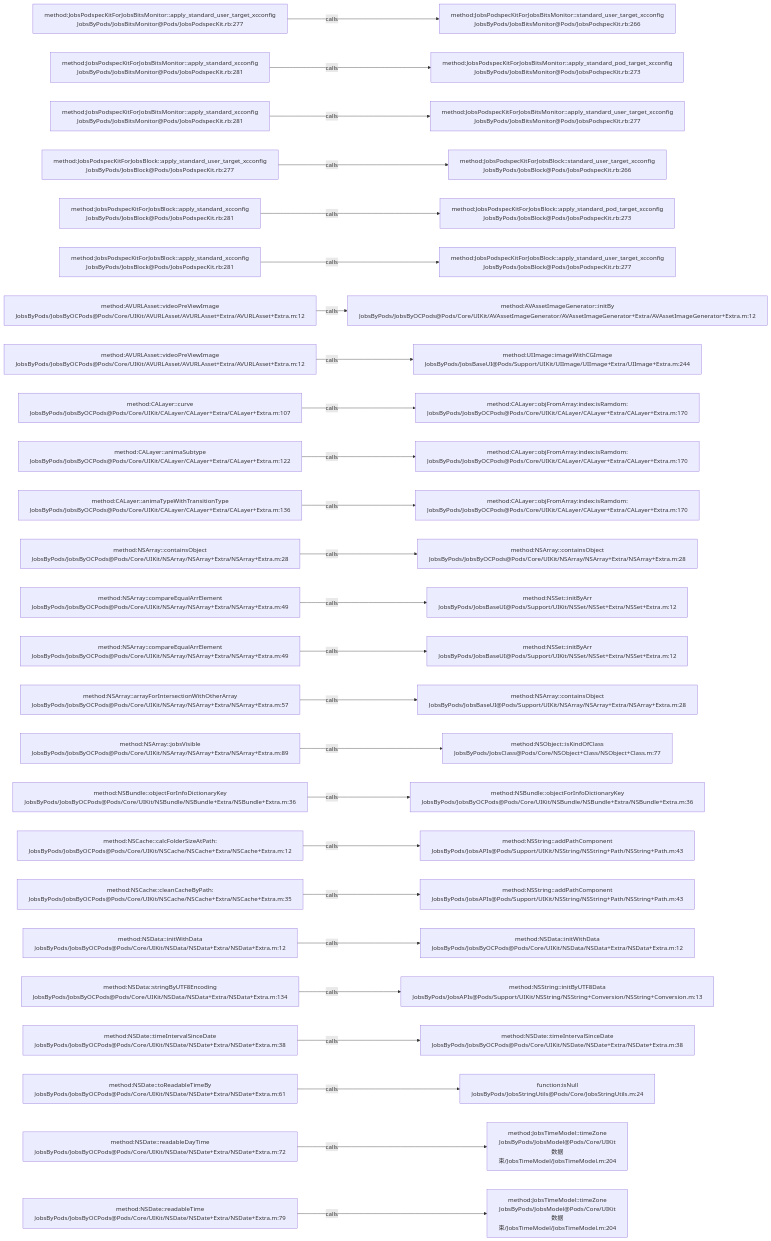
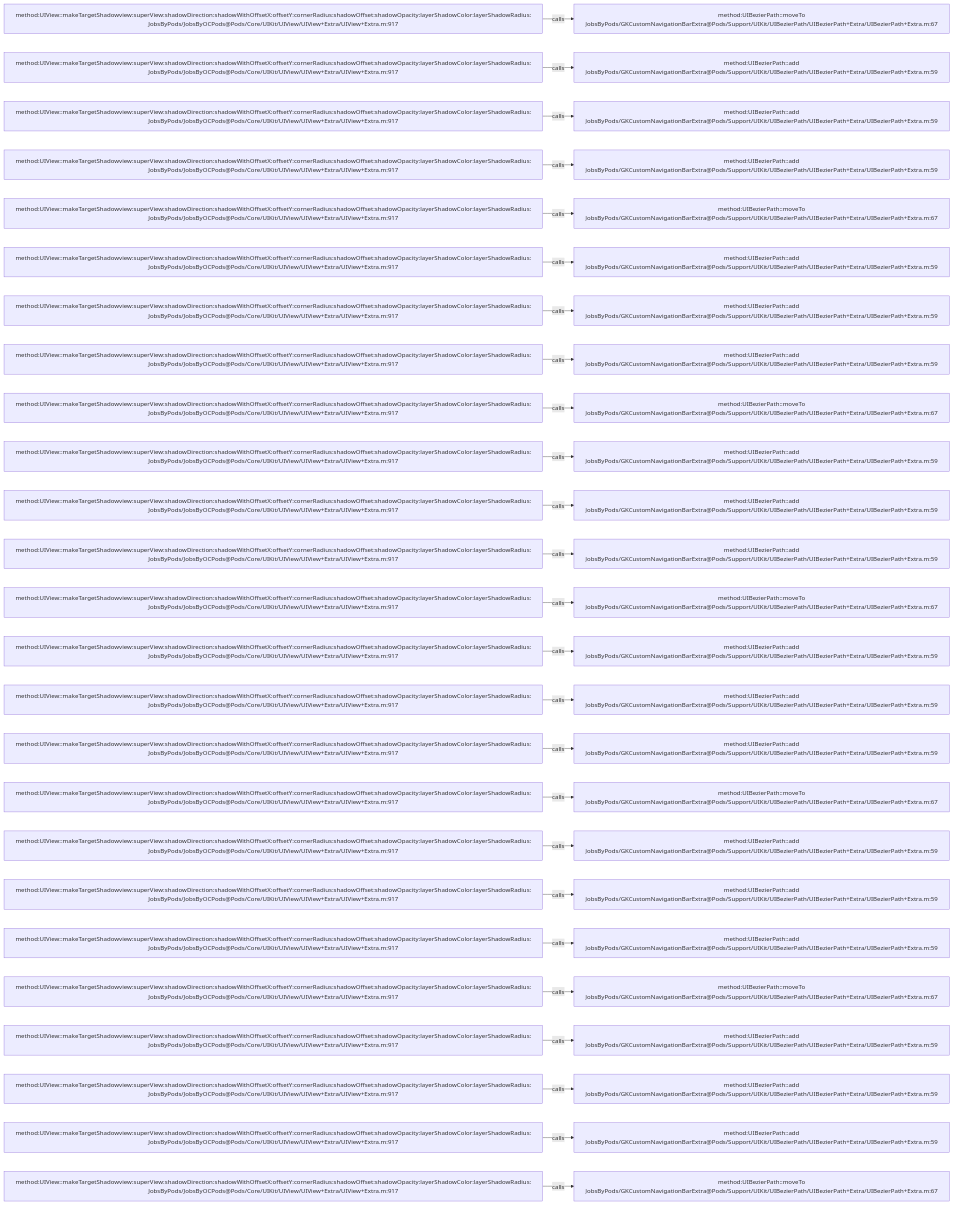
Before and after one commit to JobsKits/JobsOCBaseConfigDemo: the diagram in .codegraph/codegraph.md/graphs/calls-066.md, drawn with Mermaid. The commit also changed 1026 other files, not shown here.

````diff
--- a/.codegraph/codegraph.md/graphs/calls-066.md
+++ b/.codegraph/codegraph.md/graphs/calls-066.md
@@ -13,78 +13,78 @@
 ```mermaid
 flowchart LR
-  S1["method:JobsPodspecKitForJobsBitsMonitor::apply_standard_user_target_xcconfig<br/>JobsByPods/JobsBitsMonitor@Pods/JobsPodspecKit.rb:277"]
-  T1["method:JobsPodspecKitForJobsBitsMonitor::standard_user_target_xcconfig<br/>JobsByPods/JobsBitsMonitor@Pods/JobsPodspecKit.rb:266"]
+  S1["method:UIView::makeTargetShadowview:superView:shadowDirection:shadowWithOffsetX:offsetY:cornerRadius:shadowOffset:shadowOpacity:layerShadowColor:layerShadowRadius:<br/>JobsByPods/JobsByOCPods@Pods/Core/UIKit/UIView/UIView+Extra/UIView+Extra.m:917"]
+  T1["method:UIBezierPath::moveTo<br/>JobsByPods/GKCustomNavigationBarExtra@Pods/Support/UIKit/UIBezierPath/UIBezierPath+Extra/UIBezierPath+Extra.m:67"]
   S1 -->|calls| T1
-  S2["method:JobsPodspecKitForJobsBitsMonitor::apply_standard_xcconfig<br/>JobsByPods/JobsBitsMonitor@Pods/JobsPodspecKit.rb:281"]
-  T2["method:JobsPodspecKitForJobsBitsMonitor::apply_standard_pod_target_xcconfig<br/>JobsByPods/JobsBitsMonitor@Pods/JobsPodspecKit.rb:273"]
+  S2["method:UIView::makeTargetShadowview:superView:shadowDirection:shadowWithOffsetX:offsetY:cornerRadius:shadowOffset:shadowOpacity:layerShadowColor:layerShadowRadius:<br/>JobsByPods/JobsByOCPods@Pods/Core/UIKit/UIView/UIView+Extra/UIView+Extra.m:917"]
+  T2["method:UIBezierPath::add<br/>JobsByPods/GKCustomNavigationBarExtra@Pods/Support/UIKit/UIBezierPath/UIBezierPath+Extra/UIBezierPath+Extra.m:59"]
   S2 -->|calls| T2
-  S3["method:JobsPodspecKitForJobsBitsMonitor::apply_standard_xcconfig<br/>JobsByPods/JobsBitsMonitor@Pods/JobsPodspecKit.rb:281"]
-  T3["method:JobsPodspecKitForJobsBitsMonitor::apply_standard_user_target_xcconfig<br/>JobsByPods/JobsBitsMonitor@Pods/JobsPodspecKit.rb:277"]
+  S3["method:UIView::makeTargetShadowview:superView:shadowDirection:shadowWithOffsetX:offsetY:cornerRadius:shadowOffset:shadowOpacity:layerShadowColor:layerShadowRadius:<br/>JobsByPods/JobsByOCPods@Pods/Core/UIKit/UIView/UIView+Extra/UIView+Extra.m:917"]
+  T3["method:UIBezierPath::add<br/>JobsByPods/GKCustomNavigationBarExtra@Pods/Support/UIKit/UIBezierPath/UIBezierPath+Extra/UIBezierPath+Extra.m:59"]
   S3 -->|calls| T3
-  S4["method:JobsPodspecKitForJobsBlock::apply_standard_user_target_xcconfig<br/>JobsByPods/JobsBlock@Pods/JobsPodspecKit.rb:277"]
-  T4["method:JobsPodspecKitForJobsBlock::standard_user_target_xcconfig<br/>JobsByPods/JobsBlock@Pods/JobsPodspecKit.rb:266"]
+  S4["method:UIView::makeTargetShadowview:superView:shadowDirection:shadowWithOffsetX:offsetY:cornerRadius:shadowOffset:shadowOpacity:layerShadowColor:layerShadowRadius:<br/>JobsByPods/JobsByOCPods@Pods/Core/UIKit/UIView/UIView+Extra/UIView+Extra.m:917"]
+  T4["method:UIBezierPath::add<br/>JobsByPods/GKCustomNavigationBarExtra@Pods/Support/UIKit/UIBezierPath/UIBezierPath+Extra/UIBezierPath+Extra.m:59"]
   S4 -->|calls| T4
-  S5["method:JobsPodspecKitForJobsBlock::apply_standard_xcconfig<br/>JobsByPods/JobsBlock@Pods/JobsPodspecKit.rb:281"]
-  T5["method:JobsPodspecKitForJobsBlock::apply_standard_pod_target_xcconfig<br/>JobsByPods/JobsBlock@Pods/JobsPodspecKit.rb:273"]
+  S5["method:UIView::makeTargetShadowview:superView:shadowDirection:shadowWithOffsetX:offsetY:cornerRadius:shadowOffset:shadowOpacity:layerShadowColor:layerShadowRadius:<br/>JobsByPods/JobsByOCPods@Pods/Core/UIKit/UIView/UIView+Extra/UIView+Extra.m:917"]
+  T5["method:UIBezierPath::moveTo<br/>JobsByPods/GKCustomNavigationBarExtra@Pods/Support/UIKit/UIBezierPath/UIBezierPath+Extra/UIBezierPath+Extra.m:67"]
   S5 -->|calls| T5
-  S6["method:JobsPodspecKitForJobsBlock::apply_standard_xcconfig<br/>JobsByPods/JobsBlock@Pods/JobsPodspecKit.rb:281"]
-  T6["method:JobsPodspecKitForJobsBlock::apply_standard_user_target_xcconfig<br/>JobsByPods/JobsBlock@Pods/JobsPodspecKit.rb:277"]
+  S6["method:UIView::makeTargetShadowview:superView:shadowDirection:shadowWithOffsetX:offsetY:cornerRadius:shadowOffset:shadowOpacity:layerShadowColor:layerShadowRadius:<br/>JobsByPods/JobsByOCPods@Pods/Core/UIKit/UIView/UIView+Extra/UIView+Extra.m:917"]
+  T6["method:UIBezierPath::add<br/>JobsByPods/GKCustomNavigationBarExtra@Pods/Support/UIKit/UIBezierPath/UIBezierPath+Extra/UIBezierPath+Extra.m:59"]
   S6 -->|calls| T6
-  S7["method:AVURLAsset::videoPreViewImage<br/>JobsByPods/JobsByOCPods@Pods/Core/UIKit/AVURLAsset/AVURLAsset+Extra/AVURLAsset+Extra.m:12"]
-  T7["method:AVAssetImageGenerator::initBy<br/>JobsByPods/JobsByOCPods@Pods/Core/UIKit/AVAssetImageGenerator/AVAssetImageGenerator+Extra/AVAssetImageGenerator+Extra.m:12"]
+  S7["method:UIView::makeTargetShadowview:superView:shadowDirection:shadowWithOffsetX:offsetY:cornerRadius:shadowOffset:shadowOpacity:layerShadowColor:layerShadowRadius:<br/>JobsByPods/JobsByOCPods@Pods/Core/UIKit/UIView/UIView+Extra/UIView+Extra.m:917"]
+  T7["method:UIBezierPath::add<br/>JobsByPods/GKCustomNavigationBarExtra@Pods/Support/UIKit/UIBezierPath/UIBezierPath+Extra/UIBezierPath+Extra.m:59"]
   S7 -->|calls| T7
-  S8["method:AVURLAsset::videoPreViewImage<br/>JobsByPods/JobsByOCPods@Pods/Core/UIKit/AVURLAsset/AVURLAsset+Extra/AVURLAsset+Extra.m:12"]
-  T8["method:UIImage::imageWithCGImage<br/>JobsByPods/JobsBaseUI@Pods/Support/UIKit/UIImage/UIImage+Extra/UIImage+Extra.m:244"]
+  S8["method:UIView::makeTargetShadowview:superView:shadowDirection:shadowWithOffsetX:offsetY:cornerRadius:shadowOffset:shadowOpacity:layerShadowColor:layerShadowRadius:<br/>JobsByPods/JobsByOCPods@Pods/Core/UIKit/UIView/UIView+Extra/UIView+Extra.m:917"]
+  T8["method:UIBezierPath::add<br/>JobsByPods/GKCustomNavigationBarExtra@Pods/Support/UIKit/UIBezierPath/UIBezierPath+Extra/UIBezierPath+Extra.m:59"]
   S8 -->|calls| T8
-  S9["method:CALayer::curve<br/>JobsByPods/JobsByOCPods@Pods/Core/UIKit/CALayer/CALayer+Extra/CALayer+Extra.m:107"]
-  T9["method:CALayer::objFromArray:index:isRamdom:<br/>JobsByPods/JobsByOCPods@Pods/Core/UIKit/CALayer/CALayer+Extra/CALayer+Extra.m:170"]
+  S9["method:UIView::makeTargetShadowview:superView:shadowDirection:shadowWithOffsetX:offsetY:cornerRadius:shadowOffset:shadowOpacity:layerShadowColor:layerShadowRadius:<br/>JobsByPods/JobsByOCPods@Pods/Core/UIKit/UIView/UIView+Extra/UIView+Extra.m:917"]
+  T9["method:UIBezierPath::moveTo<br/>JobsByPods/GKCustomNavigationBarExtra@Pods/Support/UIKit/UIBezierPath/UIBezierPath+Extra/UIBezierPath+Extra.m:67"]
   S9 -->|calls| T9
-  S10["method:CALayer::animaSubtype<br/>JobsByPods/JobsByOCPods@Pods/Core/UIKit/CALayer/CALayer+Extra/CALayer+Extra.m:122"]
-  T10["method:CALayer::objFromArray:index:isRamdom:<br/>JobsByPods/JobsByOCPods@Pods/Core/UIKit/CALayer/CALayer+Extra/CALayer+Extra.m:170"]
+  S10["method:UIView::makeTargetShadowview:superView:shadowDirection:shadowWithOffsetX:offsetY:cornerRadius:shadowOffset:shadowOpacity:layerShadowColor:layerShadowRadius:<br/>JobsByPods/JobsByOCPods@Pods/Core/UIKit/UIView/UIView+Extra/UIView+Extra.m:917"]
+  T10["method:UIBezierPath::add<br/>JobsByPods/GKCustomNavigationBarExtra@Pods/Support/UIKit/UIBezierPath/UIBezierPath+Extra/UIBezierPath+Extra.m:59"]
   S10 -->|calls| T10
-  S11["method:CALayer::animaTypeWithTransitionType<br/>JobsByPods/JobsByOCPods@Pods/Core/UIKit/CALayer/CALayer+Extra/CALayer+Extra.m:136"]
-  T11["method:CALayer::objFromArray:index:isRamdom:<br/>JobsByPods/JobsByOCPods@Pods/Core/UIKit/CALayer/CALayer+Extra/CALayer+Extra.m:170"]
+  S11["method:UIView::makeTargetShadowview:superView:shadowDirection:shadowWithOffsetX:offsetY:cornerRadius:shadowOffset:shadowOpacity:layerShadowColor:layerShadowRadius:<br/>JobsByPods/JobsByOCPods@Pods/Core/UIKit/UIView/UIView+Extra/UIView+Extra.m:917"]
+  T11["method:UIBezierPath::add<br/>JobsByPods/GKCustomNavigationBarExtra@Pods/Support/UIKit/UIBezierPath/UIBezierPath+Extra/UIBezierPath+Extra.m:59"]
   S11 -->|calls| T11
-  S12["method:NSArray::containsObject<br/>JobsByPods/JobsByOCPods@Pods/Core/UIKit/NSArray/NSArray+Extra/NSArray+Extra.m:28"]
-  T12["method:NSArray::containsObject<br/>JobsByPods/JobsByOCPods@Pods/Core/UIKit/NSArray/NSArray+Extra/NSArray+Extra.m:28"]
+  S12["method:UIView::makeTargetShadowview:superView:shadowDirection:shadowWithOffsetX:offsetY:cornerRadius:shadowOffset:shadowOpacity:layerShadowColor:layerShadowRadius:<br/>JobsByPods/JobsByOCPods@Pods/Core/UIKit/UIView/UIView+Extra/UIView+Extra.m:917"]
+  T12["method:UIBezierPath::add<br/>JobsByPods/GKCustomNavigationBarExtra@Pods/Support/UIKit/UIBezierPath/UIBezierPath+Extra/UIBezierPath+Extra.m:59"]
   S12 -->|calls| T12
-  S13["method:NSArray::compareEqualArrElement<br/>JobsByPods/JobsByOCPods@Pods/Core/UIKit/NSArray/NSArray+Extra/NSArray+Extra.m:49"]
-  T13["method:NSSet::initByArr<br/>JobsByPods/JobsBaseUI@Pods/Support/UIKit/NSSet/NSSet+Extra/NSSet+Extra.m:12"]
+  S13["method:UIView::makeTargetShadowview:superView:shadowDirection:shadowWithOffsetX:offsetY:cornerRadius:shadowOffset:shadowOpacity:layerShadowColor:layerShadowRadius:<br/>JobsByPods/JobsByOCPods@Pods/Core/UIKit/UIView/UIView+Extra/UIView+Extra.m:917"]
+  T13["method:UIBezierPath::moveTo<br/>JobsByPods/GKCustomNavigationBarExtra@Pods/Support/UIKit/UIBezierPath/UIBezierPath+Extra/UIBezierPath+Extra.m:67"]
   S13 -->|calls| T13
-  S14["method:NSArray::compareEqualArrElement<br/>JobsByPods/JobsByOCPods@Pods/Core/UIKit/NSArray/NSArray+Extra/NSArray+Extra.m:49"]
-  T14["method:NSSet::initByArr<br/>JobsByPods/JobsBaseUI@Pods/Support/UIKit/NSSet/NSSet+Extra/NSSet+Extra.m:12"]
+  S14["method:UIView::makeTargetShadowview:superView:shadowDirection:shadowWithOffsetX:offsetY:cornerRadius:shadowOffset:shadowOpacity:layerShadowColor:layerShadowRadius:<br/>JobsByPods/JobsByOCPods@Pods/Core/UIKit/UIView/UIView+Extra/UIView+Extra.m:917"]
+  T14["method:UIBezierPath::add<br/>JobsByPods/GKCustomNavigationBarExtra@Pods/Support/UIKit/UIBezierPath/UIBezierPath+Extra/UIBezierPath+Extra.m:59"]
   S14 -->|calls| T14
-  S15["method:NSArray::arrayForIntersectionWithOtherArray<br/>JobsByPods/JobsByOCPods@Pods/Core/UIKit/NSArray/NSArray+Extra/NSArray+Extra.m:57"]
-  T15["method:NSArray::containsObject<br/>JobsByPods/JobsBaseUI@Pods/Support/UIKit/NSArray/NSArray+Extra/NSArray+Extra.m:28"]
+  S15["method:UIView::makeTargetShadowview:superView:shadowDirection:shadowWithOffsetX:offsetY:cornerRadius:shadowOffset:shadowOpacity:layerShadowColor:layerShadowRadius:<br/>JobsByPods/JobsByOCPods@Pods/Core/UIKit/UIView/UIView+Extra/UIView+Extra.m:917"]
+  T15["method:UIBezierPath::add<br/>JobsByPods/GKCustomNavigationBarExtra@Pods/Support/UIKit/UIBezierPath/UIBezierPath+Extra/UIBezierPath+Extra.m:59"]
   S15 -->|calls| T15
-  S16["method:NSArray::jobsVisible<br/>JobsByPods/JobsByOCPods@Pods/Core/UIKit/NSArray/NSArray+Extra/NSArray+Extra.m:89"]
-  T16["method:NSObject::isKindOfClass<br/>JobsByPods/JobsClass@Pods/Core/NSObject+Class/NSObject+Class.m:77"]
+  S16["method:UIView::makeTargetShadowview:superView:shadowDirection:shadowWithOffsetX:offsetY:cornerRadius:shadowOffset:shadowOpacity:layerShadowColor:layerShadowRadius:<br/>JobsByPods/JobsByOCPods@Pods/Core/UIKit/UIView/UIView+Extra/UIView+Extra.m:917"]
+  T16["method:UIBezierPath::add<br/>JobsByPods/GKCustomNavigationBarExtra@Pods/Support/UIKit/UIBezierPath/UIBezierPath+Extra/UIBezierPath+Extra.m:59"]
   S16 -->|calls| T16
-  S17["method:NSBundle::objectForInfoDictionaryKey<br/>JobsByPods/JobsByOCPods@Pods/Core/UIKit/NSBundle/NSBundle+Extra/NSBundle+Extra.m:36"]
-  T17["method:NSBundle::objectForInfoDictionaryKey<br/>JobsByPods/JobsByOCPods@Pods/Core/UIKit/NSBundle/NSBundle+Extra/NSBundle+Extra.m:36"]
+  S17["method:UIView::makeTargetShadowview:superView:shadowDirection:shadowWithOffsetX:offsetY:cornerRadius:shadowOffset:shadowOpacity:layerShadowColor:layerShadowRadius:<br/>JobsByPods/JobsByOCPods@Pods/Core/UIKit/UIView/UIView+Extra/UIView+Extra.m:917"]
+  T17["method:UIBezierPath::moveTo<br/>JobsByPods/GKCustomNavigationBarExtra@Pods/Support/UIKit/UIBezierPath/UIBezierPath+Extra/UIBezierPath+Extra.m:67"]
   S17 -->|calls| T17
-  S18["method:NSCache::calcFolderSizeAtPath:<br/>JobsByPods/JobsByOCPods@Pods/Core/UIKit/NSCache/NSCache+Extra/NSCache+Extra.m:12"]
-  T18["method:NSString::addPathComponent<br/>JobsByPods/JobsAPIs@Pods/Support/UIKit/NSString/NSString+Path/NSString+Path.m:43"]
+  S18["method:UIView::makeTargetShadowview:superView:shadowDirection:shadowWithOffsetX:offsetY:cornerRadius:shadowOffset:shadowOpacity:layerShadowColor:layerShadowRadius:<br/>JobsByPods/JobsByOCPods@Pods/Core/UIKit/UIView/UIView+Extra/UIView+Extra.m:917"]
+  T18["method:UIBezierPath::add<br/>JobsByPods/GKCustomNavigationBarExtra@Pods/Support/UIKit/UIBezierPath/UIBezierPath+Extra/UIBezierPath+Extra.m:59"]
   S18 -->|calls| T18
-  S19["method:NSCache::cleanCacheByPath:<br/>JobsByPods/JobsByOCPods@Pods/Core/UIKit/NSCache/NSCache+Extra/NSCache+Extra.m:35"]
-  T19["method:NSString::addPathComponent<br/>JobsByPods/JobsAPIs@Pods/Support/UIKit/NSString/NSString+Path/NSString+Path.m:43"]
+  S19["method:UIView::makeTargetShadowview:superView:shadowDirection:shadowWithOffsetX:offsetY:cornerRadius:shadowOffset:shadowOpacity:layerShadowColor:layerShadowRadius:<br/>JobsByPods/JobsByOCPods@Pods/Core/UIKit/UIView/UIView+Extra/UIView+Extra.m:917"]
+  T19["method:UIBezierPath::add<br/>JobsByPods/GKCustomNavigationBarExtra@Pods/Support/UIKit/UIBezierPath/UIBezierPath+Extra/UIBezierPath+Extra.m:59"]
   S19 -->|calls| T19
-  S20["method:NSData::initWithData<br/>JobsByPods/JobsByOCPods@Pods/Core/UIKit/NSData/NSData+Extra/NSData+Extra.m:12"]
-  T20["method:NSData::initWithData<br/>JobsByPods/JobsByOCPods@Pods/Core/UIKit/NSData/NSData+Extra/NSData+Extra.m:12"]
+  S20["method:UIView::makeTargetShadowview:superView:shadowDirection:shadowWithOffsetX:offsetY:cornerRadius:shadowOffset:shadowOpacity:layerShadowColor:layerShadowRadius:<br/>JobsByPods/JobsByOCPods@Pods/Core/UIKit/UIView/UIView+Extra/UIView+Extra.m:917"]
+  T20["method:UIBezierPath::add<br/>JobsByPods/GKCustomNavigationBarExtra@Pods/Support/UIKit/UIBezierPath/UIBezierPath+Extra/UIBezierPath+Extra.m:59"]
   S20 -->|calls| T20
-  S21["method:NSData::stringByUTF8Encoding<br/>JobsByPods/JobsByOCPods@Pods/Core/UIKit/NSData/NSData+Extra/NSData+Extra.m:134"]
-  T21["method:NSString::initByUTF8Data<br/>JobsByPods/JobsAPIs@Pods/Support/UIKit/NSString/NSString+Conversion/NSString+Conversion.m:13"]
+  S21["method:UIView::makeTargetShadowview:superView:shadowDirection:shadowWithOffsetX:offsetY:cornerRadius:shadowOffset:shadowOpacity:layerShadowColor:layerShadowRadius:<br/>JobsByPods/JobsByOCPods@Pods/Core/UIKit/UIView/UIView+Extra/UIView+Extra.m:917"]
+  T21["method:UIBezierPath::moveTo<br/>JobsByPods/GKCustomNavigationBarExtra@Pods/Support/UIKit/UIBezierPath/UIBezierPath+Extra/UIBezierPath+Extra.m:67"]
   S21 -->|calls| T21
-  S22["method:NSDate::timeIntervalSinceDate<br/>JobsByPods/JobsByOCPods@Pods/Core/UIKit/NSDate/NSDate+Extra/NSDate+Extra.m:38"]
-  T22["method:NSDate::timeIntervalSinceDate<br/>JobsByPods/JobsByOCPods@Pods/Core/UIKit/NSDate/NSDate+Extra/NSDate+Extra.m:38"]
+  S22["method:UIView::makeTargetShadowview:superView:shadowDirection:shadowWithOffsetX:offsetY:cornerRadius:shadowOffset:shadowOpacity:layerShadowColor:layerShadowRadius:<br/>JobsByPods/JobsByOCPods@Pods/Core/UIKit/UIView/UIView+Extra/UIView+Extra.m:917"]
+  T22["method:UIBezierPath::add<br/>JobsByPods/GKCustomNavigationBarExtra@Pods/Support/UIKit/UIBezierPath/UIBezierPath+Extra/UIBezierPath+Extra.m:59"]
   S22 -->|calls| T22
-  S23["method:NSDate::toReadableTimeBy<br/>JobsByPods/JobsByOCPods@Pods/Core/UIKit/NSDate/NSDate+Extra/NSDate+Extra.m:61"]
-  T23["function:isNull<br/>JobsByPods/JobsStringUtils@Pods/Core/JobsStringUtils.m:24"]
+  S23["method:UIView::makeTargetShadowview:superView:shadowDirection:shadowWithOffsetX:offsetY:cornerRadius:shadowOffset:shadowOpacity:layerShadowColor:layerShadowRadius:<br/>JobsByPods/JobsByOCPods@Pods/Core/UIKit/UIView/UIView+Extra/UIView+Extra.m:917"]
+  T23["method:UIBezierPath::add<br/>JobsByPods/GKCustomNavigationBarExtra@Pods/Support/UIKit/UIBezierPath/UIBezierPath+Extra/UIBezierPath+Extra.m:59"]
   S23 -->|calls| T23
-  S24["method:NSDate::readableDayTime<br/>JobsByPods/JobsByOCPods@Pods/Core/UIKit/NSDate/NSDate+Extra/NSDate+Extra.m:72"]
-  T24["method:JobsTimeModel::timeZone<br/>JobsByPods/JobsModel@Pods/Core/UIKit数据束/JobsTimeModel/JobsTimeModel.m:204"]
+  S24["method:UIView::makeTargetShadowview:superView:shadowDirection:shadowWithOffsetX:offsetY:cornerRadius:shadowOffset:shadowOpacity:layerShadowColor:layerShadowRadius:<br/>JobsByPods/JobsByOCPods@Pods/Core/UIKit/UIView/UIView+Extra/UIView+Extra.m:917"]
+  T24["method:UIBezierPath::add<br/>JobsByPods/GKCustomNavigationBarExtra@Pods/Support/UIKit/UIBezierPath/UIBezierPath+Extra/UIBezierPath+Extra.m:59"]
   S24 -->|calls| T24
-  S25["method:NSDate::readableTime<br/>JobsByPods/JobsByOCPods@Pods/Core/UIKit/NSDate/NSDate+Extra/NSDate+Extra.m:79"]
-  T25["method:JobsTimeModel::timeZone<br/>JobsByPods/JobsModel@Pods/Core/UIKit数据束/JobsTimeModel/JobsTimeModel.m:204"]
+  S25["method:UIView::makeTargetShadowview:superView:shadowDirection:shadowWithOffsetX:offsetY:cornerRadius:shadowOffset:shadowOpacity:layerShadowColor:layerShadowRadius:<br/>JobsByPods/JobsByOCPods@Pods/Core/UIKit/UIView/UIView+Extra/UIView+Extra.m:917"]
+  T25["method:UIBezierPath::moveTo<br/>JobsByPods/GKCustomNavigationBarExtra@Pods/Support/UIKit/UIBezierPath/UIBezierPath+Extra/UIBezierPath+Extra.m:67"]
   S25 -->|calls| T25
 ```
````
